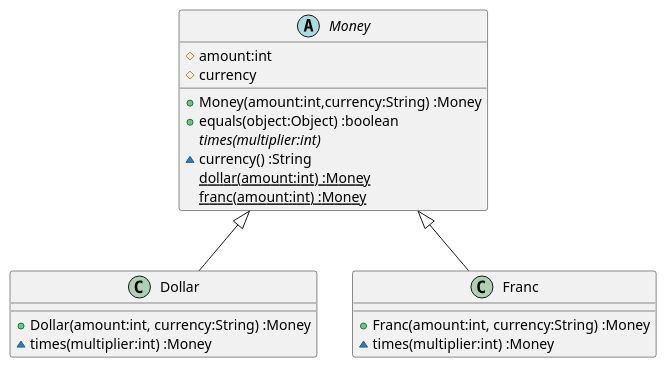
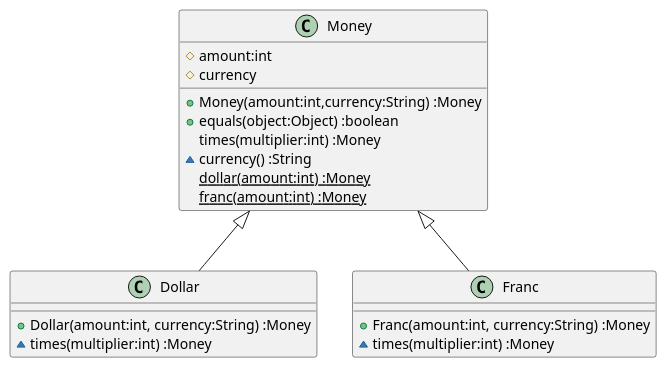
Before and after one commit to k2works/etude_for_java: the diagram in docs/src/TDD.md, drawn with PlantUML. The commit also changed 4 other files, not shown here.

````diff
--- a/docs/src/TDD.md
+++ b/docs/src/TDD.md
@@ -62,22 +62,22 @@
 ```puml
 class Dollar {
   +Dollar(amount:int, currency:String) :Money
   ~times(multiplier:int) :Money
 }
 class Franc {
   +Franc(amount:int, currency:String) :Money
   ~times(multiplier:int) :Money
 }
-abstract Money {
+class Money {
   #amount:int
   #currency  
   +Money(amount:int,currency:String) :Money
   +equals(object:Object) :boolean  
-  {abstract} times(multiplier:int)
+  times(multiplier:int) :Money
   ~currency() :String
   {static} dollar(amount:int) :Money
   {static} franc(amount:int) :Money  
 }
 Money <|-- Dollar
 Money <|-- Franc
 ```
````
